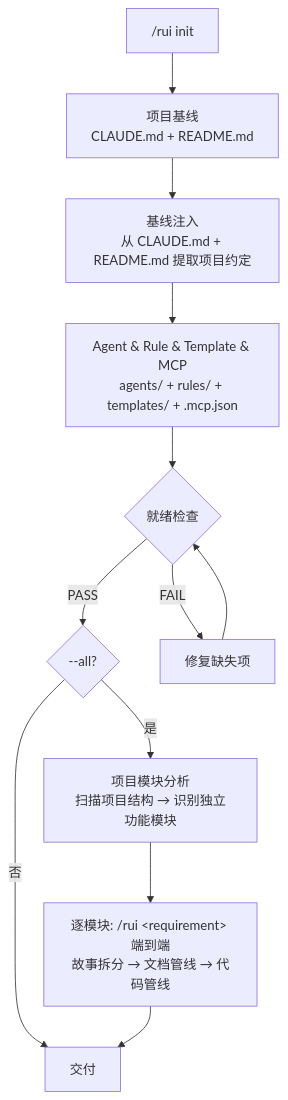
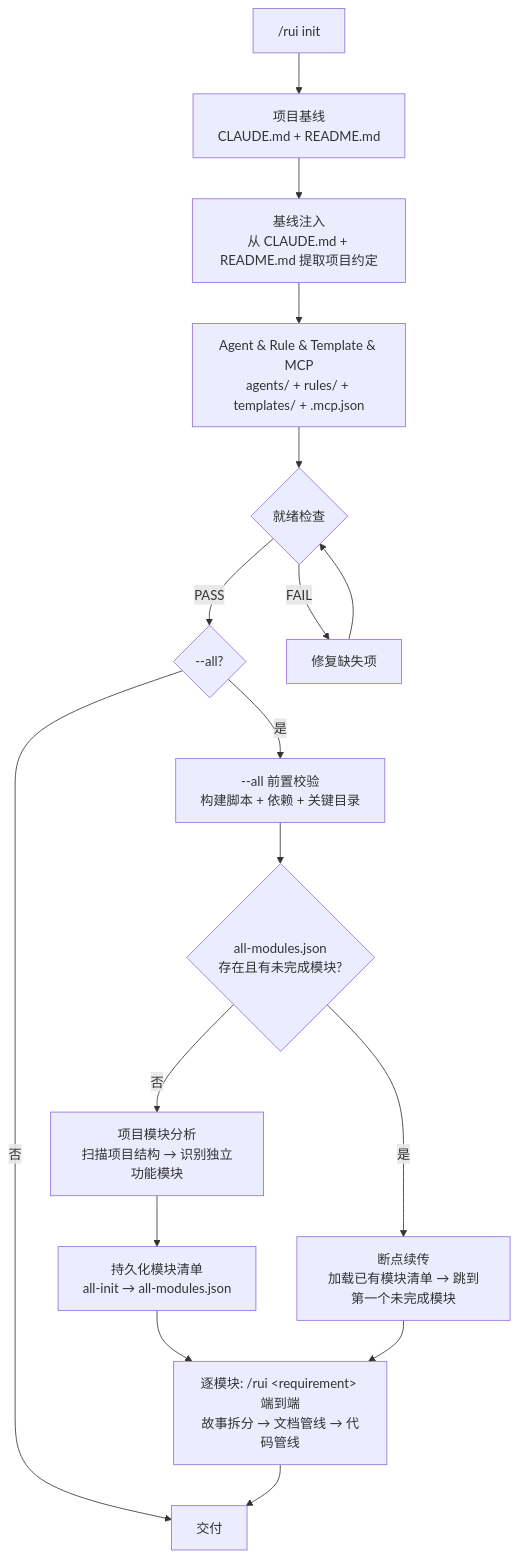
The second of 13 diagrams in skills/rui/SKILL.md (effiy/YrY), drawn with Mermaid before and after one commit. The commit also changed other lines of this file and 1 other file, not shown here.

````diff
--- a/skills/rui/SKILL.md
+++ b/skills/rui/SKILL.md
@@ -86,14 +86,19 @@
 ```mermaid
 flowchart TD
     INIT["/rui init"] --> BASELINE["项目基线<br/>CLAUDE.md + README.md"]
     BASELINE --> INJECT["基线注入<br/>从 CLAUDE.md + README.md 提取项目约定"]
     INJECT --> AGENTS["Agent & Rule & Template & MCP<br/>agents/ + rules/ + templates/ + .mcp.json"]
     AGENTS --> CHECK{"就绪检查"}
     CHECK -->|PASS| ROUTE_ALL{"--all?"}
     CHECK -->|FAIL| FIX["修复缺失项"]
     FIX --> CHECK
     ROUTE_ALL -->|否| DELIVER["交付"]
-    ROUTE_ALL -->|是| MODULE["项目模块分析<br/>扫描项目结构 → 识别独立功能模块"]
-    MODULE --> PER_MODULE["逐模块: /rui &lt;requirement&gt; 端到端<br/>故事拆分 → 文档管线 → 代码管线"]
+    ROUTE_ALL -->|是| PREFLIGHT["--all 前置校验<br/>构建脚本 + 依赖 + 关键目录"]
+    PREFLIGHT --> RESUME_CHECK{"all-modules.json<br/>存在且有未完成模块?"}
+    RESUME_CHECK -->|是| RESUME["断点续传<br/>加载已有模块清单 → 跳到第一个未完成模块"]
+    RESUME_CHECK -->|否| MODULE["项目模块分析<br/>扫描项目结构 → 识别独立功能模块"]
+    MODULE --> PERSIST["持久化模块清单<br/>all-init → all-modules.json"]
+    PERSIST --> PER_MODULE["逐模块: /rui &lt;requirement&gt; 端到端<br/>故事拆分 → 文档管线 → 代码管线"]
+    RESUME --> PER_MODULE
     PER_MODULE --> DELIVER
 ```
````
